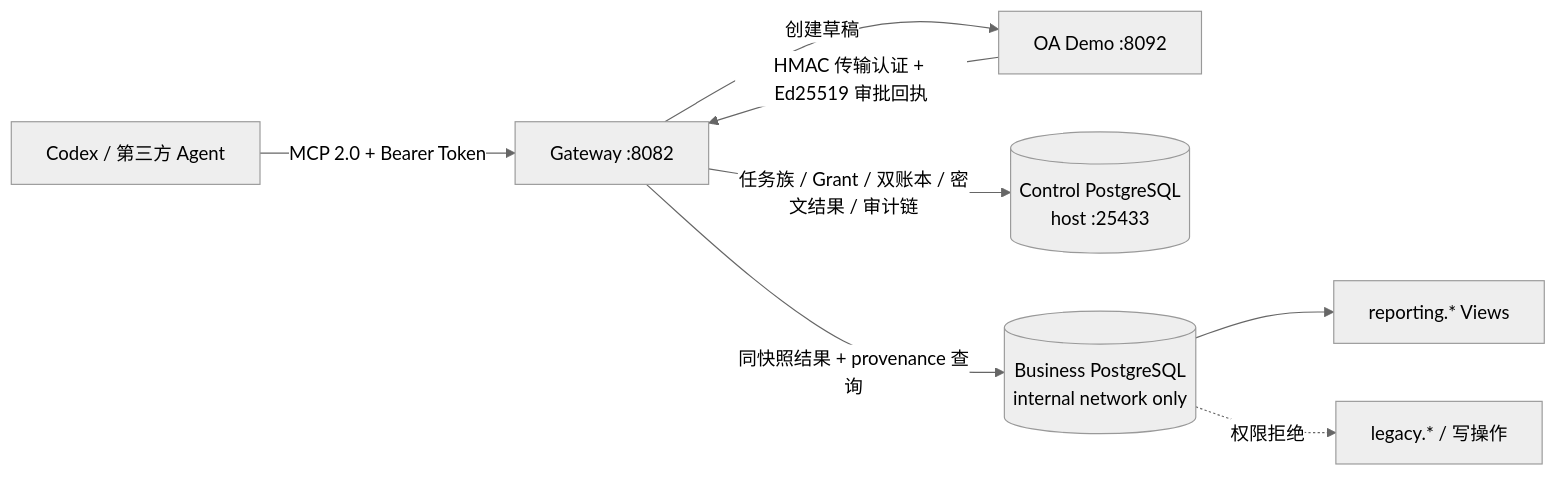
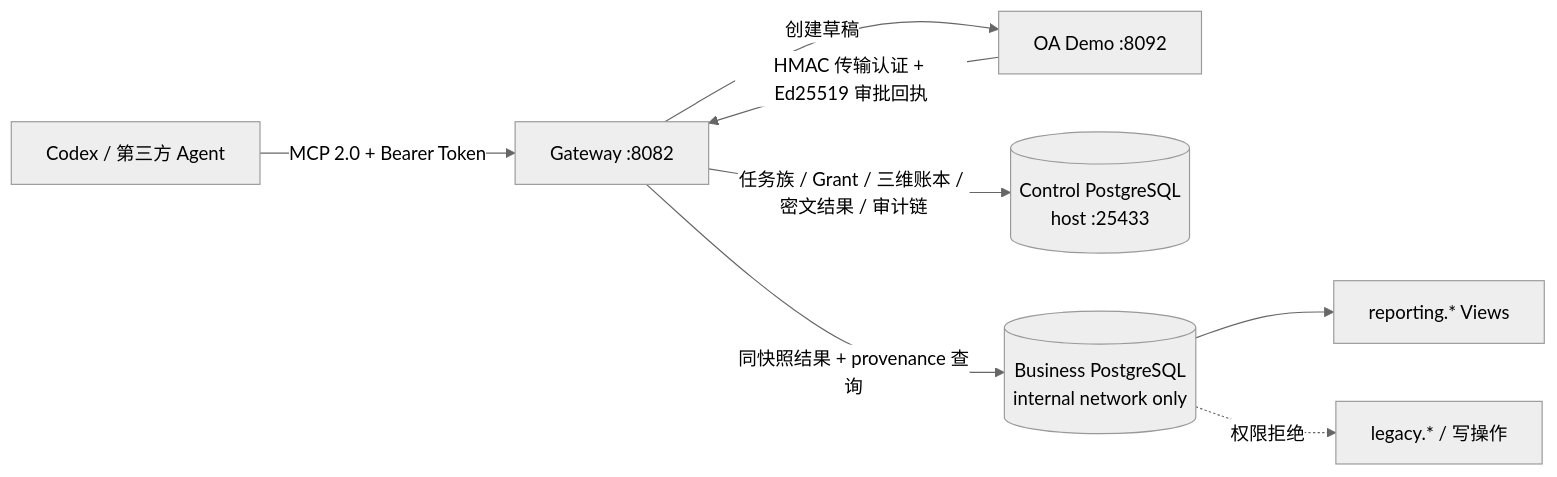
One commit to wuminmin/agent_task_gateway changed the diagram in docs/architecture.md. Above: the diagram before and after it, drawn with Mermaid (neutral theme). The commit also changed other lines of this file and 76 other files, not shown here.

````diff
--- a/docs/architecture.md
+++ b/docs/architecture.md
@@ -8,10 +8,10 @@
 ```mermaid
 flowchart LR
     A[Codex / 第三方 Agent] -->|MCP 2.0 + Bearer Token| G[Gateway :8082]
     G -->|创建草稿| O[OA Demo :8092]
     O -->|HMAC 传输认证 + Ed25519 审批回执| G
-    G -->|任务族 / Grant / 双账本 / 密文结果 / 审计链| C[(Control PostgreSQL<br/>host :25433)]
+    G -->|任务族 / Grant / 三维账本 / 密文结果 / 审计链| C[(Control PostgreSQL<br/>host :25433)]
     G -->|同快照结果 + provenance 查询| B[(Business PostgreSQL<br/>internal network only)]
     B --> V[reporting.* Views]
     B -. 权限拒绝 .-> X[legacy.* / 写操作]
 ```
````
